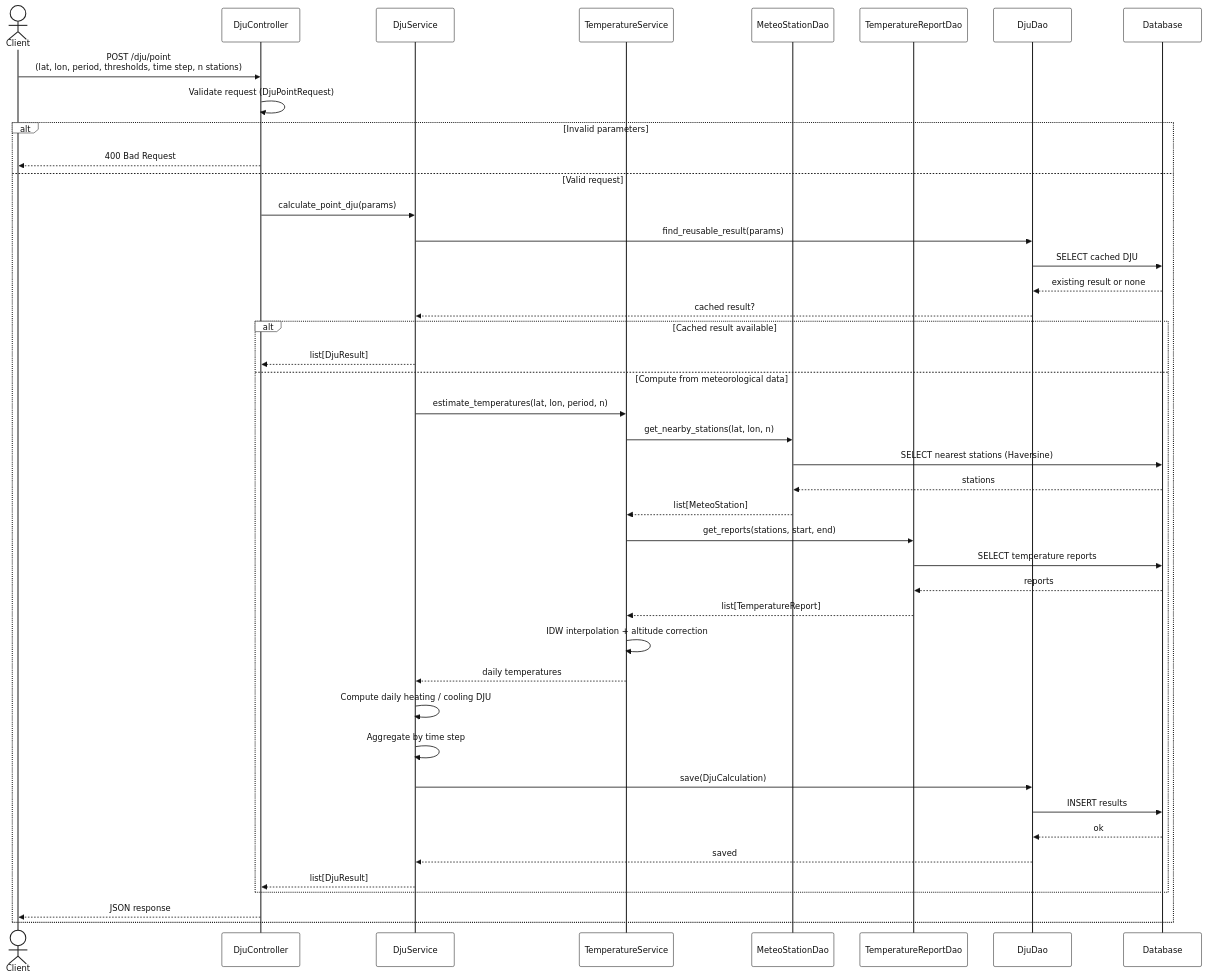
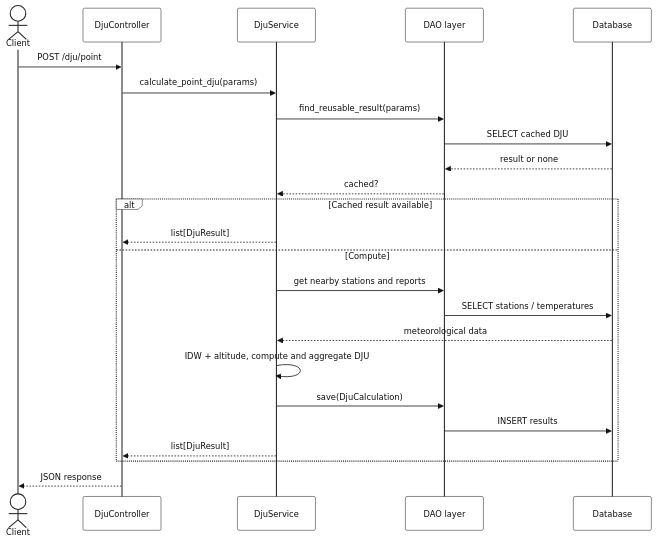
The second of 8 diagrams in doc/sequence_diagram.md (gabriel-dahan/ensai-it-project-2a-team12), drawn with Mermaid before and after one commit. The commit also changed other lines of this file and 18 other files, not shown here.

Commit message:
Simplified sequence diagrams

````diff
--- a/doc/sequence_diagram.md
+++ b/doc/sequence_diagram.md
@@ -131,54 +117,29 @@
 sequenceDiagram
     actor Client
     participant Controller as DjuController
-    participant DjuSvc as DjuService
-    participant TempSvc as TemperatureService
-    participant StationDao as MeteoStationDao
-    participant ReportDao as TemperatureReportDao
-    participant DjuDao as DjuDao
+    participant Service as DjuService
+    participant DAO as DAO layer
     participant DB as Database
 
-    Client->>Controller: POST /dju/point<br/>(lat, lon, period, thresholds, time step, n stations)
-    Controller->>Controller: Validate request (DjuPointRequest)
+    Client->>Controller: POST /dju/point
+    Controller->>Service: calculate_point_dju(params)
 
-    alt Invalid parameters
-        Controller-->>Client: 400 Bad Request
-    else Valid request
-        Controller->>DjuSvc: calculate_point_dju(params)
+    Service->>DAO: find_reusable_result(params)
+    DAO->>DB: SELECT cached DJU
+    DB-->>DAO: result or none
+    DAO-->>Service: cached?
 
-        DjuSvc->>DjuDao: find_reusable_result(params)
-        DjuDao->>DB: SELECT cached DJU
-        DB-->>DjuDao: existing result or none
-        DjuDao-->>DjuSvc: cached result?
+    alt Cached result available
+        Service-->>Controller: list[DjuResult]
+    else Compute
+        Service->>DAO: get nearby stations and reports
+        DAO->>DB: SELECT stations / temperatures
+        DB-->>Service: meteorological data
+        Service->>Service: IDW + altitude, compute and aggregate DJU
+        Service->>DAO: save(DjuCalculation)
+        DAO->>DB: INSERT results
+        Service-->>Controller: list[DjuResult]
+    end
 
-        alt Cached result available
-            DjuSvc-->>Controller: list[DjuResult]
-        else Compute from meteorological data
-            DjuSvc->>TempSvc: estimate_temperatures(lat, lon, period, n)
-            TempSvc->>StationDao: get_nearby_stations(lat, lon, n)
-            StationDao->>DB: SELECT nearest stations (Haversine)
-            DB-->>StationDao: stations
-            StationDao-->>TempSvc: list[MeteoStation]
-
-            TempSvc->>ReportDao: get_reports(stations, start, end)
-            ReportDao->>DB: SELECT temperature reports
-            DB-->>ReportDao: reports
-            ReportDao-->>TempSvc: list[TemperatureReport]
-
-            TempSvc->>TempSvc: IDW interpolation + altitude correction
-            TempSvc-->>DjuSvc: daily temperatures
-
-            DjuSvc->>DjuSvc: Compute daily heating / cooling DJU
-            DjuSvc->>DjuSvc: Aggregate by time step
-
-            DjuSvc->>DjuDao: save(DjuCalculation)
-            DjuDao->>DB: INSERT results
-            DB-->>DjuDao: ok
-            DjuDao-->>DjuSvc: saved
-
-            DjuSvc-->>Controller: list[DjuResult]
-        end
-
-        Controller-->>Client: JSON response
-    end
+    Controller-->>Client: JSON response
 ```
````
